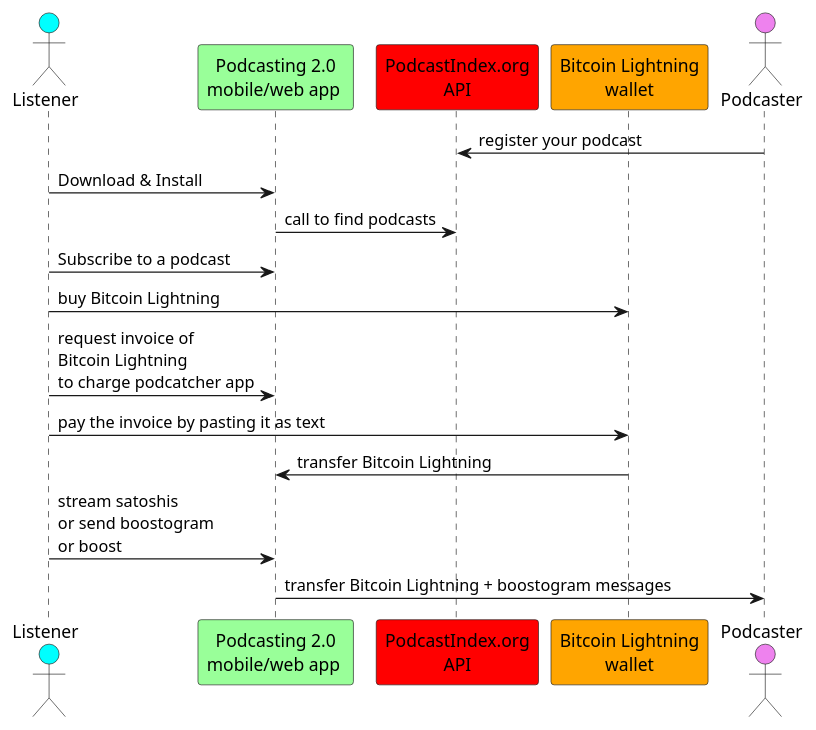
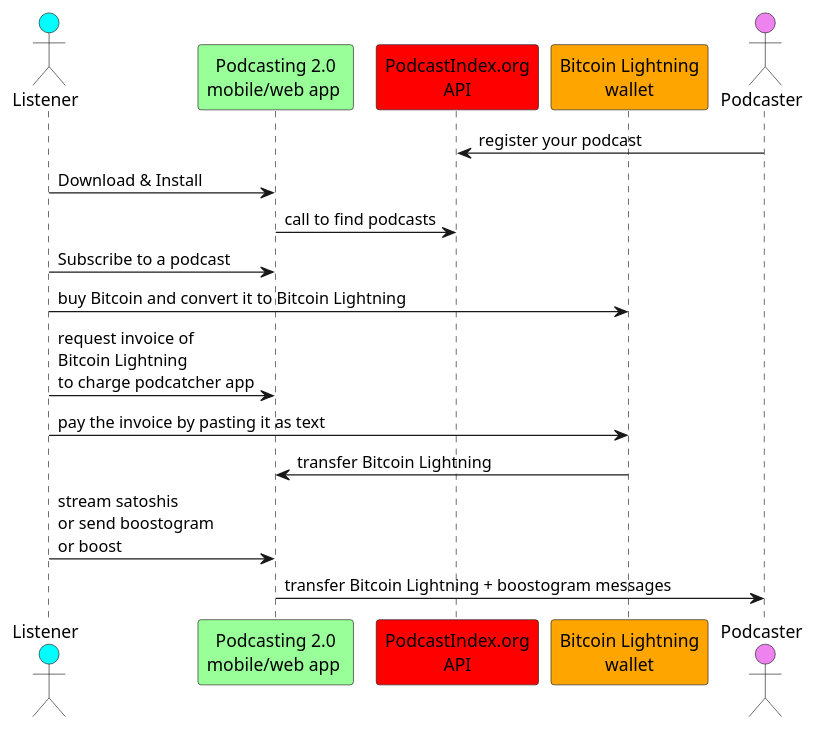
Before and after one commit to ComicStrip/podcasting-2.0-UML-diagrams: the diagram in v4v-UML-sequence-diagram.plantuml, drawn with PlantUML.

```diff
--- a/v4v-UML-sequence-diagram.plantuml
+++ b/v4v-UML-sequence-diagram.plantuml
@@ -3,17 +3,17 @@
 @startuml
 actor Listener #cyan
 participant "Podcasting 2.0\nmobile/web app " as App #99FF99
 participant "PodcastIndex.org\nAPI" as Ind #red
 participant "Bitcoin Lightning\nwallet" as Btc #orange
 actor Podcaster #violet
 Podcaster->Ind: register your podcast
 Listener->App: Download & Install
 App->Ind: call to find podcasts
 Listener->App: Subscribe to a podcast
-Listener->Btc: buy Bitcoin Lightning
+Listener->Btc: buy Bitcoin and convert it to Bitcoin Lightning
 Listener->App: request invoice of\nBitcoin Lightning\nto charge podcatcher app
 Listener->Btc: pay the invoice by pasting it as text
 Btc->App: transfer Bitcoin Lightning 
 Listener->App: stream satoshis\nor send boostogram\nor boost
 App->Podcaster: transfer Bitcoin Lightning + boostogram messages
 @enduml
```
